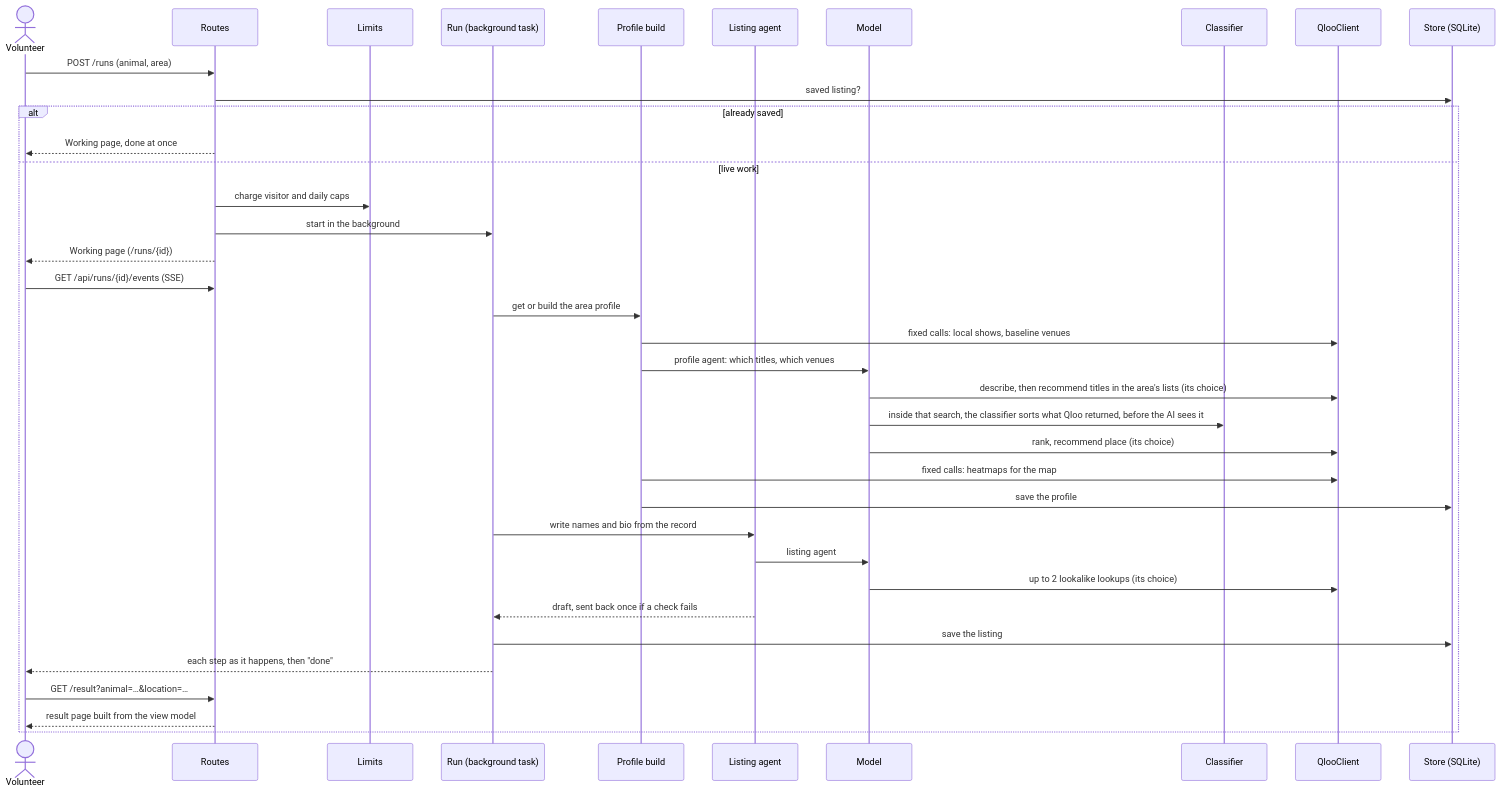
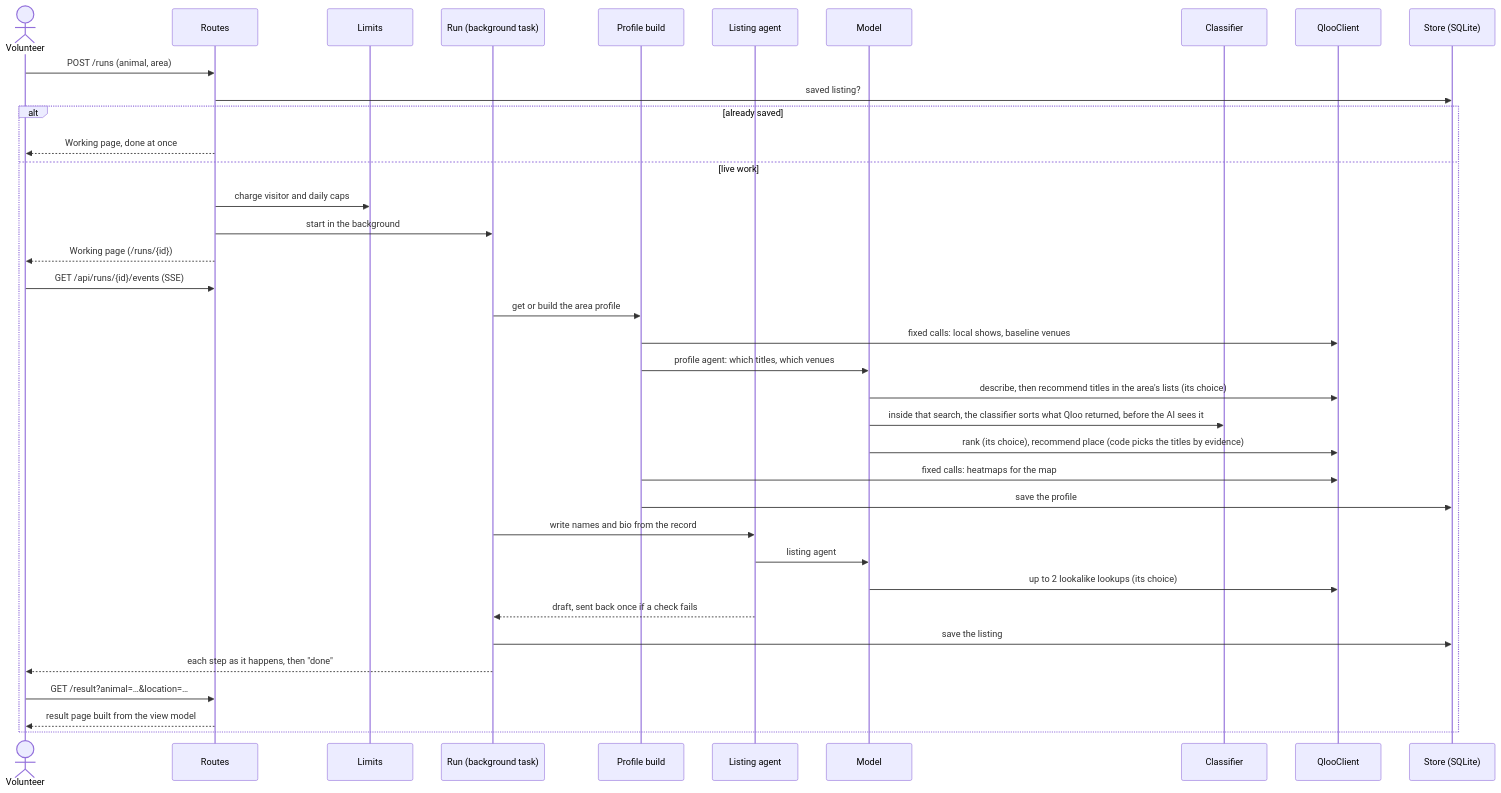
One commit to bsabau/namesake changed the second of 5 diagrams in docs/architecture.md. Above: the diagram before and after it, drawn with Mermaid. The commit also changed 7 other files, not shown here.

First line of the commit message:
Venue titles by evidence: shares of each list, the AI's titles found there, the plan keeps them

````diff
--- a/docs/architecture.md
+++ b/docs/architecture.md
@@ -73,40 +73,40 @@
 ```mermaid
 sequenceDiagram
     actor V as Volunteer
     participant R as Routes
     participant L as Limits
     participant T as Run (background task)
     participant P as Profile build
     participant A as Listing agent
     participant M as Model
     participant J as Classifier
     participant Q as QlooClient
     participant S as Store (SQLite)
 
     V->>R: POST /runs (animal, area)
     R->>S: saved listing?
     alt already saved
         R-->>V: Working page, done at once
     else live work
         R->>L: charge visitor and daily caps
         R->>T: start in the background
         R-->>V: Working page (/runs/{id})
         V->>R: GET /api/runs/{id}/events (SSE)
         T->>P: get or build the area profile
         P->>Q: fixed calls: local shows, baseline venues
         P->>M: profile agent: which titles, which venues
         M->>Q: describe, then recommend titles in the area's lists (its choice)
         M->>J: inside that search, the classifier sorts what Qloo returned, before the AI sees it
-        M->>Q: rank, recommend place (its choice)
+        M->>Q: rank (its choice), recommend place (code picks the titles by evidence)
         P->>Q: fixed calls: heatmaps for the map
         P->>S: save the profile
         T->>A: write names and bio from the record
         A->>M: listing agent
         M->>Q: up to 2 lookalike lookups (its choice)
         A-->>T: draft, sent back once if a check fails
         T->>S: save the listing
         T-->>V: each step as it happens, then "done"
         V->>R: GET /result?animal=…&location=…
         R-->>V: result page built from the view model
     end
 ```
````
